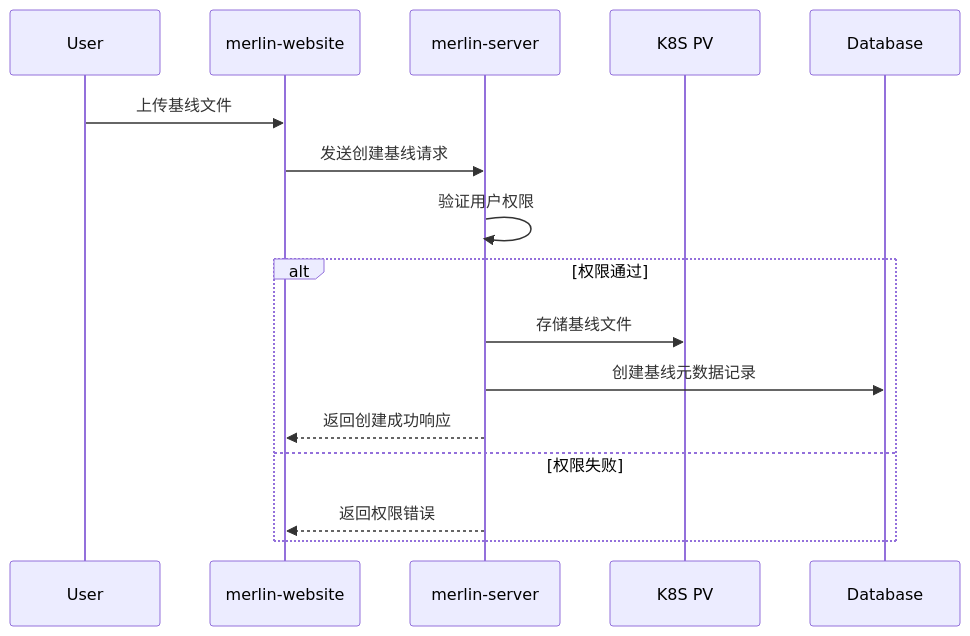
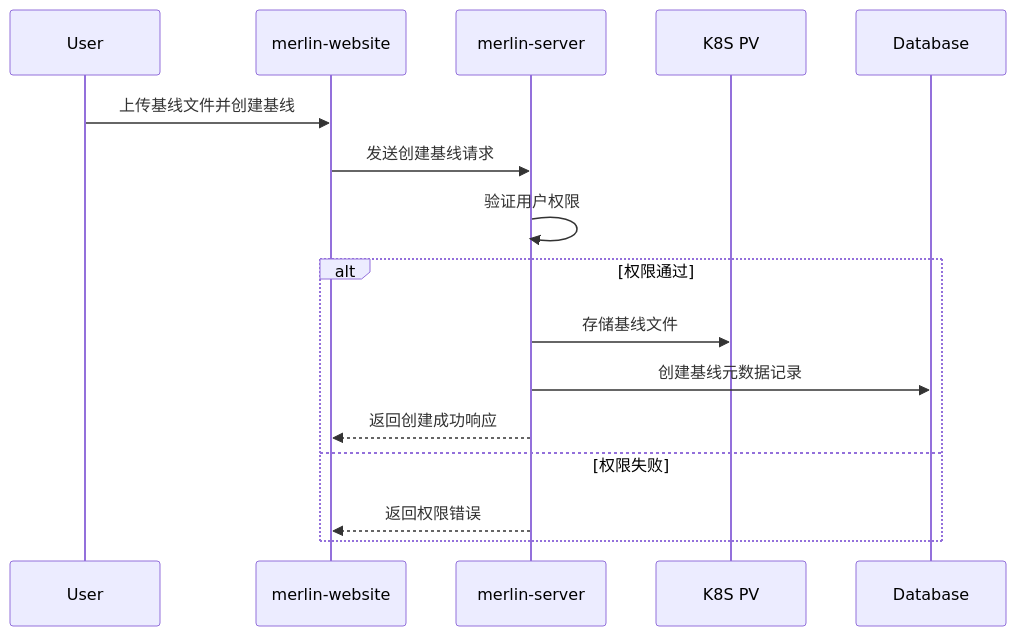
The third of 12 diagrams in 模型精度性能测试自动化.md (pillumina/design-proposal), drawn with Mermaid before and after one commit. The commit also changed other lines of this file, not shown here.

````diff
--- a/模型精度性能测试自动化.md
+++ b/模型精度性能测试自动化.md
@@ -547,19 +533,19 @@
 ```mermaid
 sequenceDiagram
     participant User
     participant Frontend as merlin-website
     participant Server as merlin-server
     participant Storage as K8S PV
     participant DB as Database
 
-    User ->> Frontend: 上传基线文件
+    User ->> Frontend: 上传基线文件并创建基线
     Frontend ->> Server: 发送创建基线请求
     Server ->> Server: 验证用户权限
     alt 权限通过
         Server ->> Storage: 存储基线文件
         Server ->> DB: 创建基线元数据记录
         Server -->> Frontend: 返回创建成功响应
     else 权限失败
         Server -->> Frontend: 返回权限错误
     end
 ```
````
